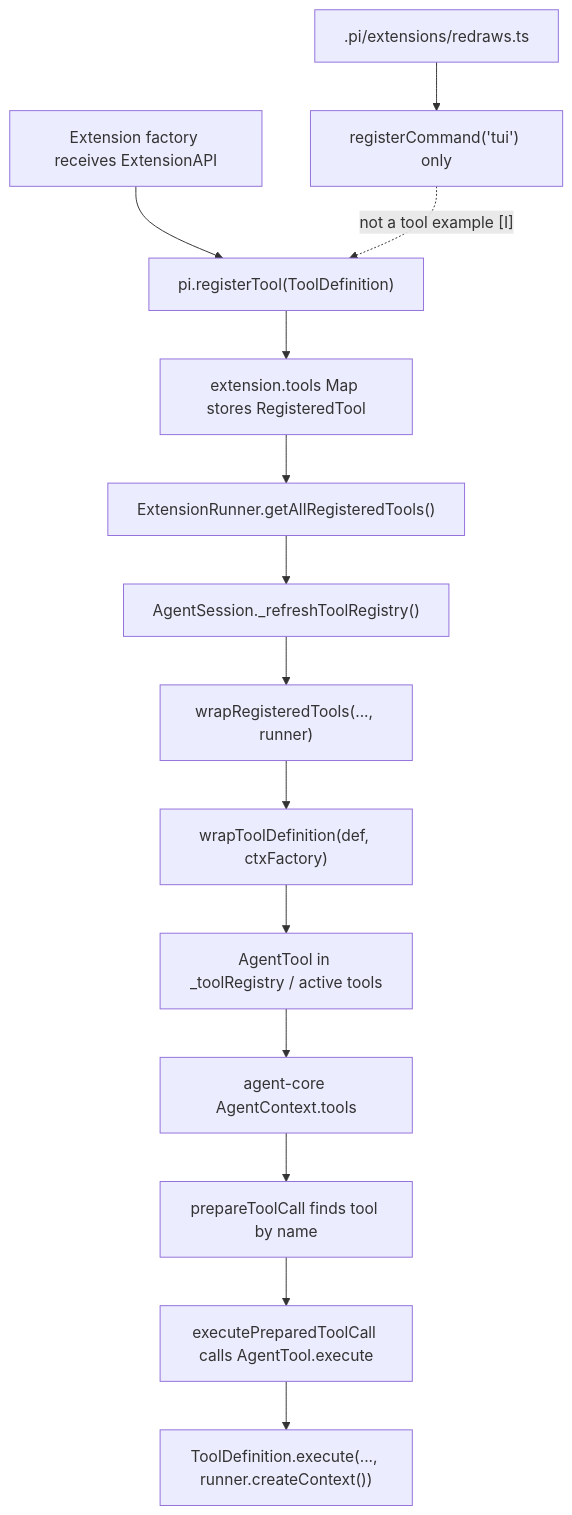
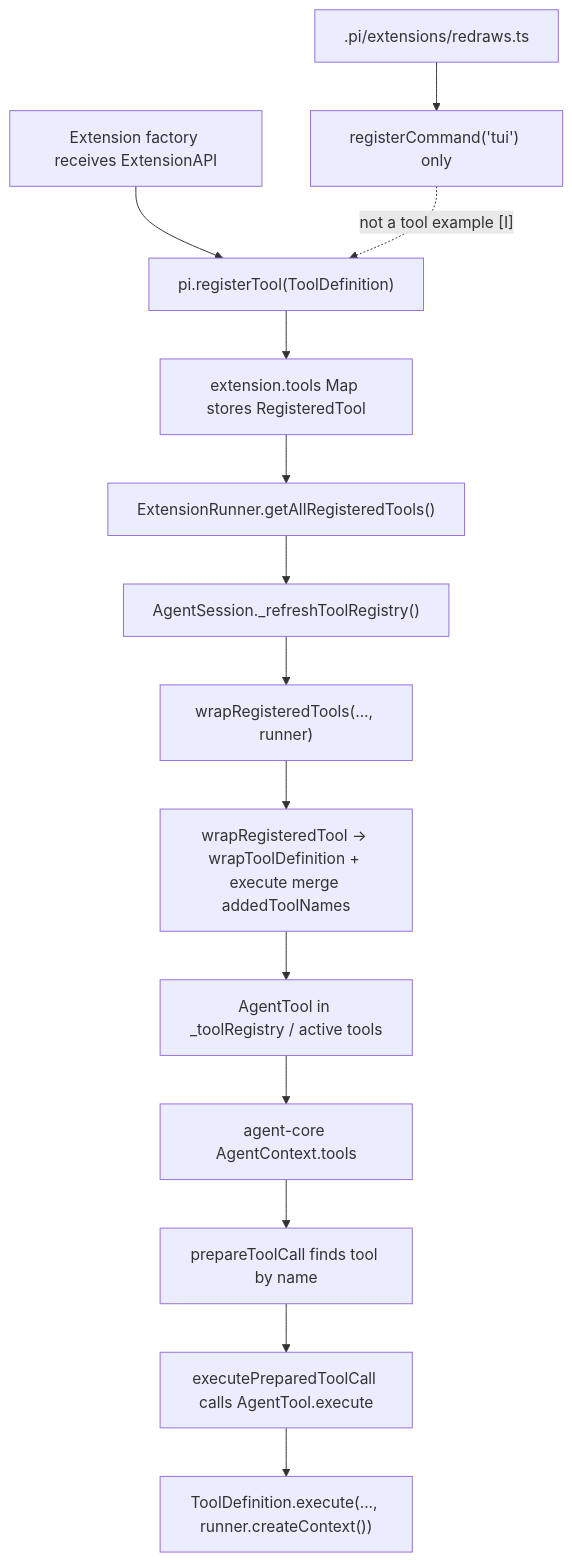
Before and after one commit to wdnmdtonyma/SOTA-Agent-LLM-Wiki: the diagram in docs/llm-wiki/pi/spine/trace-extension-tool.md, drawn with Mermaid. The commit also changed other lines of this file and 112 other files, not shown here.

````diff
--- a/docs/llm-wiki/pi/spine/trace-extension-tool.md
+++ b/docs/llm-wiki/pi/spine/trace-extension-tool.md
@@ -35,17 +35,17 @@
 ```mermaid
 flowchart TD
   A["Extension factory receives ExtensionAPI"] --> B["pi.registerTool(ToolDefinition)"]
   B --> C["extension.tools Map stores RegisteredTool"]
   C --> D["ExtensionRunner.getAllRegisteredTools()"]
   D --> E["AgentSession._refreshToolRegistry()"]
   E --> F["wrapRegisteredTools(..., runner)"]
-  F --> G["wrapToolDefinition(def, ctxFactory)"]
+  F --> G["wrapRegisteredTool -> wrapToolDefinition + execute merge addedToolNames"]
   G --> H["AgentTool in _toolRegistry / active tools"]
   H --> I["agent-core AgentContext.tools"]
   I --> J["prepareToolCall finds tool by name"]
   J --> K["executePreparedToolCall calls AgentTool.execute"]
   K --> L["ToolDefinition.execute(..., runner.createContext())"]
 
   R[".pi/extensions/redraws.ts"] --> S["registerCommand('tui') only"]
   S -. "not a tool example [I]" .-> B
 ```
````
